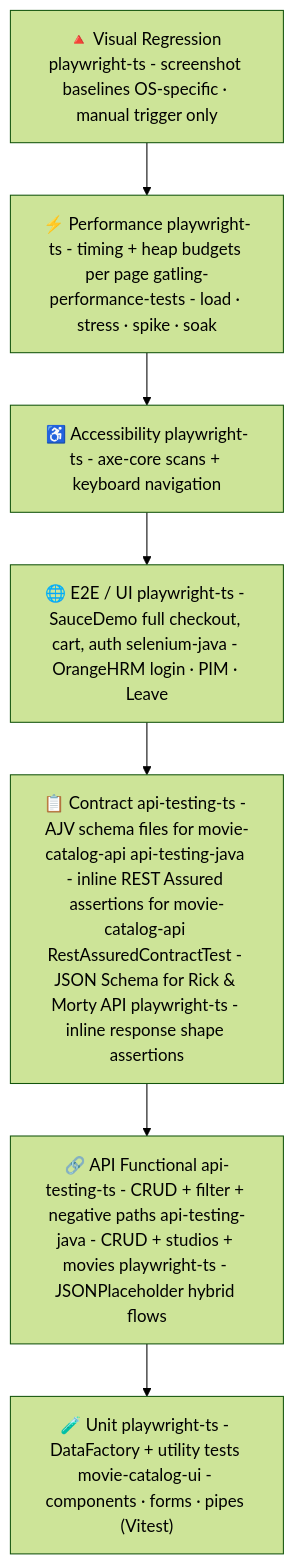
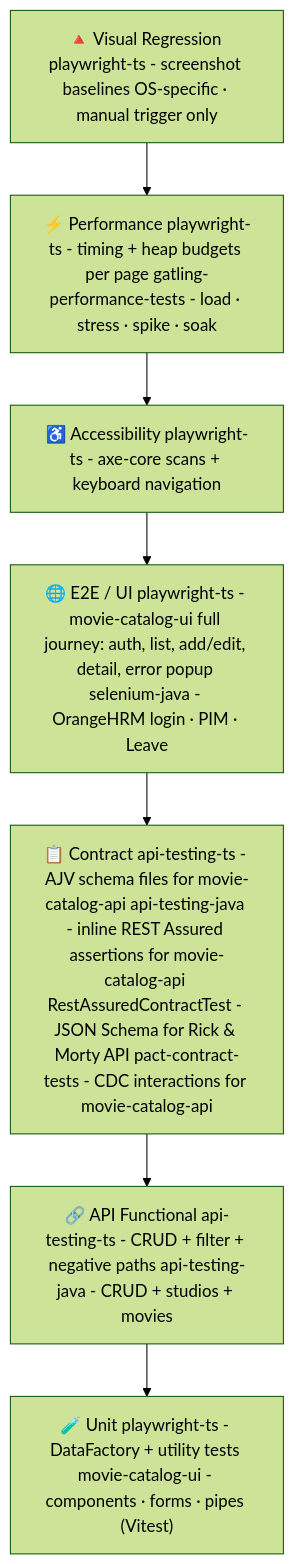
One commit to EnesAkyel/test-strategy changed the second of 7 diagrams in architecture/system-architecture.md. Above: the diagram before and after it, drawn with Mermaid (forest theme). The commit also changed other lines of this file and 9 other files, not shown here.

First line of the commit message:
Sync docs with playwright-ts's move to movie-catalog-ui and other accuracy fixes

````diff
--- a/architecture/system-architecture.md
+++ b/architecture/system-architecture.md
@@ -45,12 +42,12 @@
 ```mermaid
 flowchart TD
     V["🔺 Visual Regression playwright-ts - screenshot baselines OS-specific · manual trigger only"]
     P["⚡ Performance playwright-ts - timing + heap budgets per page gatling-performance-tests - load · stress · spike · soak"]
     A["♿ Accessibility playwright-ts - axe-core scans + keyboard navigation"]
-    E["🌐 E2E / UI playwright-ts - SauceDemo full checkout, cart, auth selenium-java - OrangeHRM login · PIM · Leave"]
-    C["📋 Contract api-testing-ts - AJV schema files for movie-catalog-api api-testing-java - inline REST Assured assertions for movie-catalog-api RestAssuredContractTest - JSON Schema for Rick & Morty API playwright-ts - inline response shape assertions"]
-    F["🔗 API Functional api-testing-ts - CRUD + filter + negative paths api-testing-java - CRUD + studios + movies playwright-ts - JSONPlaceholder hybrid flows"]
+    E["🌐 E2E / UI playwright-ts - movie-catalog-ui full journey: auth, list, add/edit, detail, error popup selenium-java - OrangeHRM login · PIM · Leave"]
+    C["📋 Contract api-testing-ts - AJV schema files for movie-catalog-api api-testing-java - inline REST Assured assertions for movie-catalog-api RestAssuredContractTest - JSON Schema for Rick & Morty API pact-contract-tests - CDC interactions for movie-catalog-api"]
+    F["🔗 API Functional api-testing-ts - CRUD + filter + negative paths api-testing-java - CRUD + studios + movies"]
     U["🧪 Unit playwright-ts - DataFactory + utility tests movie-catalog-ui - components · forms · pipes (Vitest)"]
 
     V --> P --> A --> E --> C --> F --> U
 ```
````
